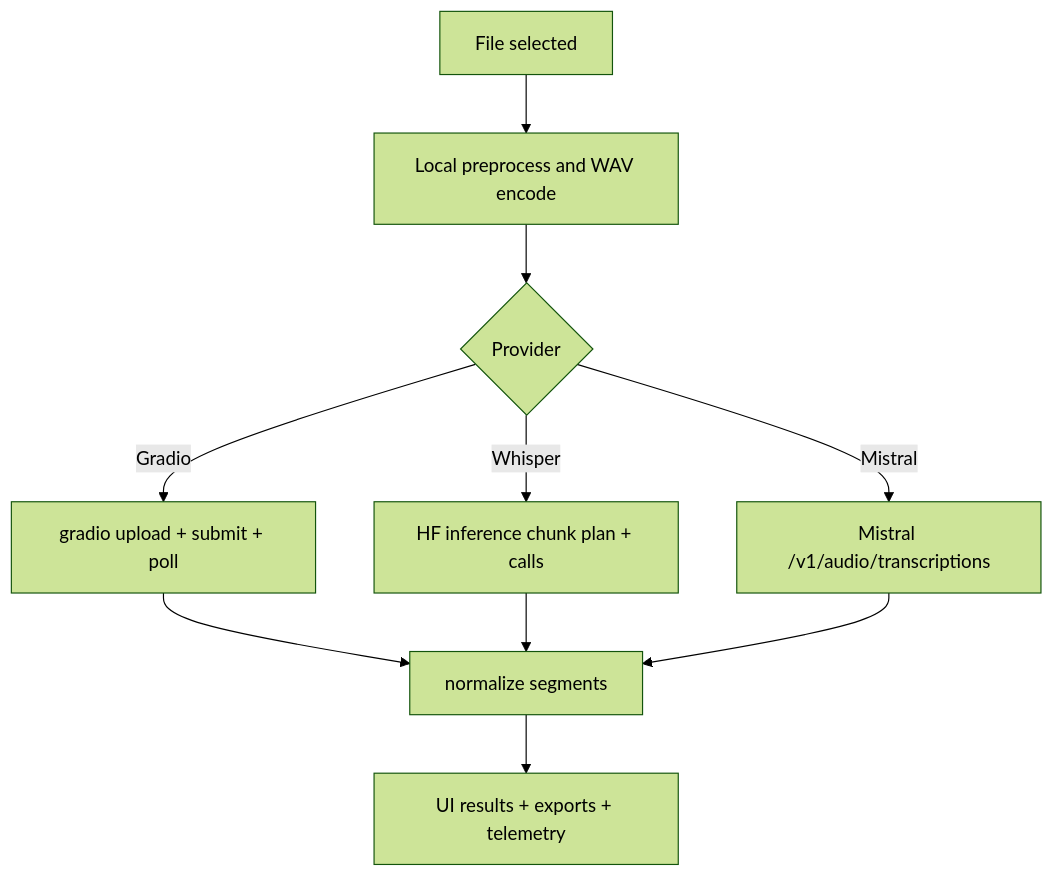
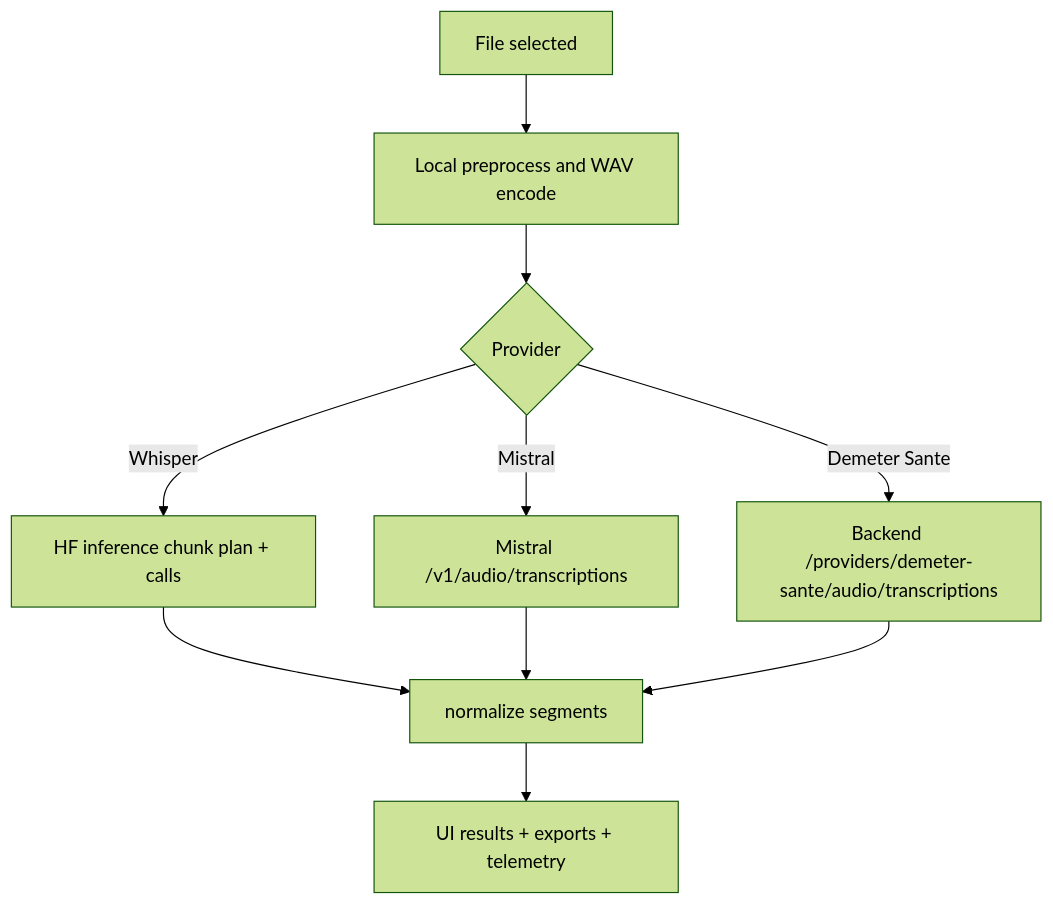
The diagram in docs/en/cloud-transcription.md (imperialsun/Demeter_CR), drawn with Mermaid (forest theme) before and after one commit. The commit also changed other lines of this file and 105 other files, not shown here.

````diff
--- a/docs/en/cloud-transcription.md
+++ b/docs/en/cloud-transcription.md
@@ -27,12 +27,12 @@
 ```mermaid
 flowchart TD
     A[File selected] --> B[Local preprocess and WAV encode]
     B --> C{Provider}
-    C -->|Gradio| D[gradio upload + submit + poll]
-    C -->|Whisper| E[HF inference chunk plan + calls]
-    C -->|Mistral| F[Mistral /v1/audio/transcriptions]
+    C -->|Whisper| D[HF inference chunk plan + calls]
+    C -->|Mistral| E[Mistral /v1/audio/transcriptions]
+    C -->|Demeter Sante| F[Backend /providers/demeter-sante/audio/transcriptions]
     D --> G[normalize segments]
     E --> G
     F --> G
     G --> H[UI results + exports + telemetry]
 ```
````
